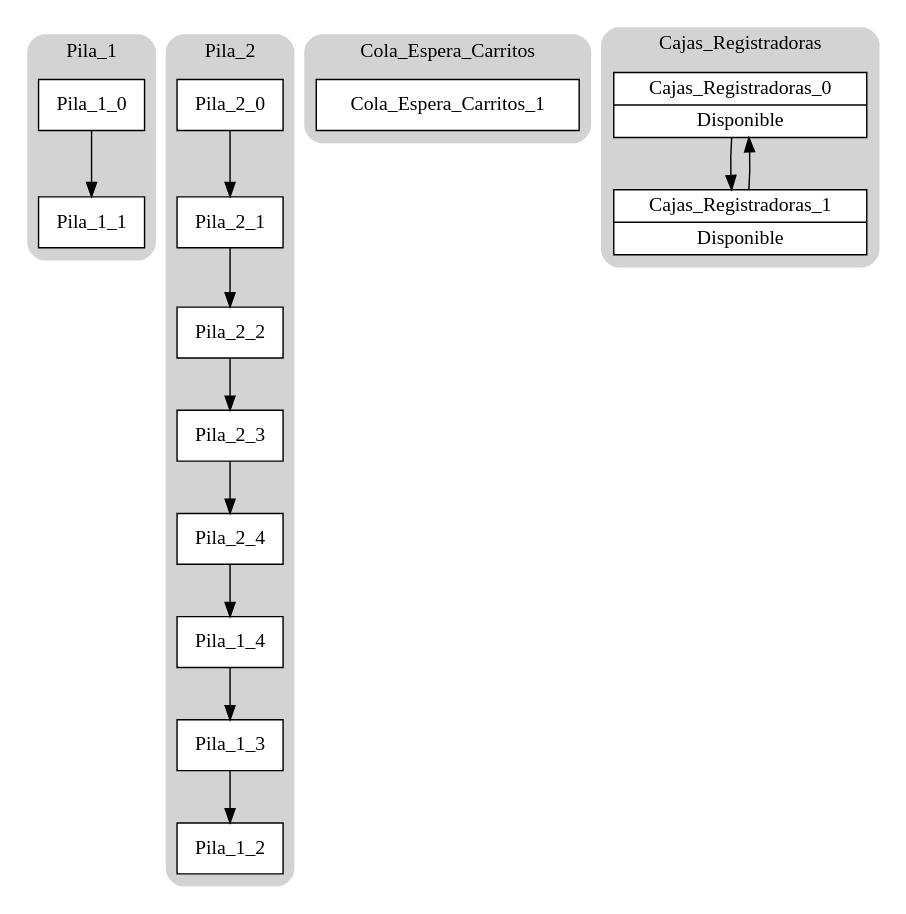
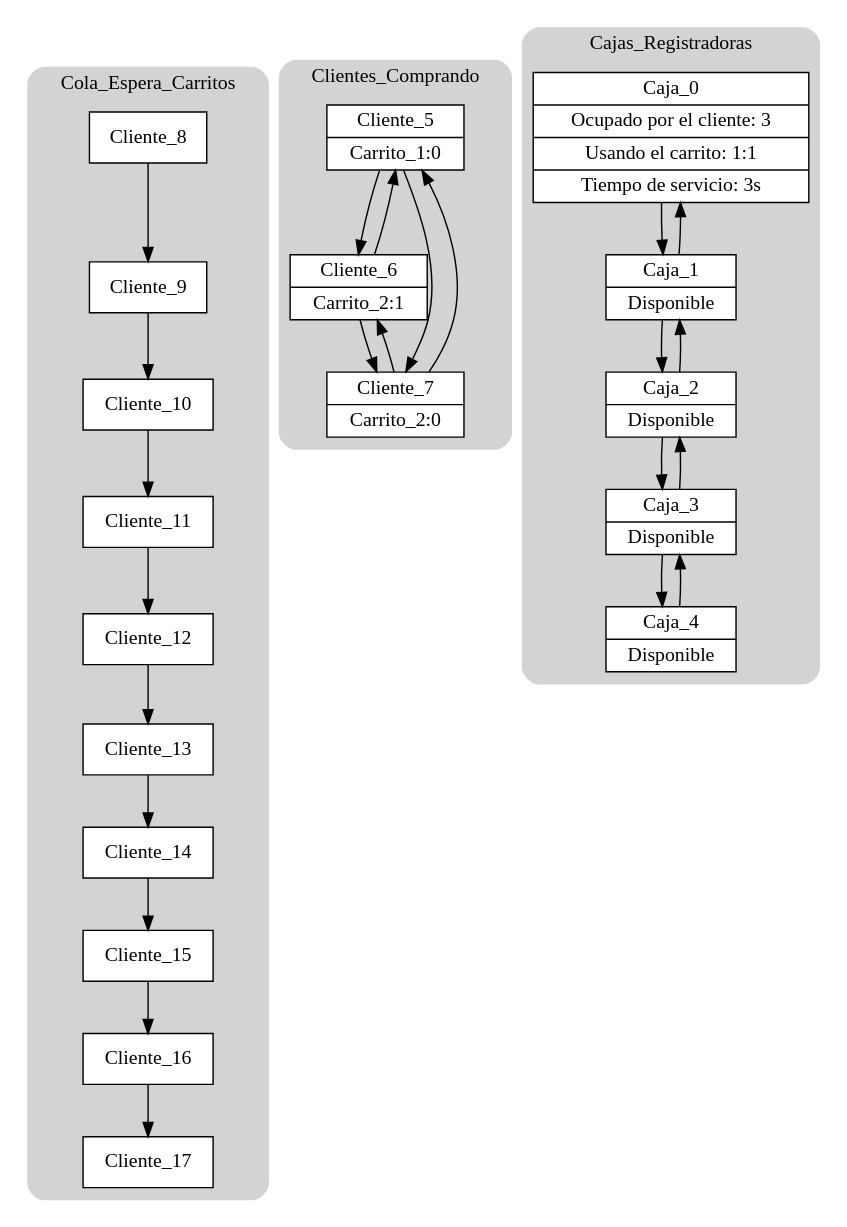
Before and after one commit to Rpinto30/EDD-1---MiniMarket: the diagram in Minimarket/graph.dot, drawn with Graphviz. The commit also changed 11 other files, not shown here.

```diff
--- a/Minimarket/graph.dot
+++ b/Minimarket/graph.dot
@@ -1,55 +1,87 @@
 digraph MiniMarket {
+
+subgraph cluster_Cola_Espera_Carritos{
+label="Cola_Espera_Carritos"
+style = "filled,rounded";
+color = lightgrey;
+Cola_Espera_Carritos_8[label="Cliente_8", shape=record, style=filled, fillcolor=white];
+Cola_Espera_Carritos_9[label="Cliente_9", shape=record, style=filled, fillcolor=white];
+Cola_Espera_Carritos_8 -> Cola_Espera_Carritos_9;
+Cola_Espera_Carritos_10[label="Cliente_10", shape=record, style=filled, fillcolor=white];
+Cola_Espera_Carritos_9 -> Cola_Espera_Carritos_10;
+Cola_Espera_Carritos_11[label="Cliente_11", shape=record, style=filled, fillcolor=white];
+Cola_Espera_Carritos_10 -> Cola_Espera_Carritos_11;
+Cola_Espera_Carritos_12[label="Cliente_12", shape=record, style=filled, fillcolor=white];
+Cola_Espera_Carritos_11 -> Cola_Espera_Carritos_12;
+Cola_Espera_Carritos_13[label="Cliente_13", shape=record, style=filled, fillcolor=white];
+Cola_Espera_Carritos_12 -> Cola_Espera_Carritos_13;
+Cola_Espera_Carritos_14[label="Cliente_14", shape=record, style=filled, fillcolor=white];
+Cola_Espera_Carritos_13 -> Cola_Espera_Carritos_14;
+Cola_Espera_Carritos_15[label="Cliente_15", shape=record, style=filled, fillcolor=white];
+Cola_Espera_Carritos_14 -> Cola_Espera_Carritos_15;
+Cola_Espera_Carritos_16[label="Cliente_16", shape=record, style=filled, fillcolor=white];
+Cola_Espera_Carritos_15 -> Cola_Espera_Carritos_16;
+Cola_Espera_Carritos_17[label="Cliente_17", shape=record, style=filled, fillcolor=white];
+Cola_Espera_Carritos_16 -> Cola_Espera_Carritos_17;
+
+}
 
 subgraph cluster_Pila_1{
 label="Pila_1"
 style = "filled,rounded";
 color = lightgrey;
-Pila_1_0[label="Pila_1_0", shape=record, style=filled, fillcolor=white];
-Pila_1_0 -> Pila_1_1;
-Pila_1_1[label="Pila_1_1", shape=record, style=filled, fillcolor=white];
 
 }
 
 subgraph cluster_Pila_2{
 label="Pila_2"
 style = "filled,rounded";
 color = lightgrey;
-Pila_2_0[label="Pila_2_0", shape=record, style=filled, fillcolor=white];
-Pila_2_1[label="Pila_2_1", shape=record, style=filled, fillcolor=white];
-Pila_2_0 -> Pila_2_1;
-Pila_2_2[label="Pila_2_2", shape=record, style=filled, fillcolor=white];
-Pila_2_1 -> Pila_2_2;
-Pila_2_3[label="Pila_2_3", shape=record, style=filled, fillcolor=white];
-Pila_2_2 -> Pila_2_3;
-Pila_2_4[label="Pila_2_4", shape=record, style=filled, fillcolor=white];
-Pila_2_3 -> Pila_2_4;
-Pila_2_4 -> Pila_1_4;
-Pila_1_4[label="Pila_1_4", shape=record, style=filled, fillcolor=white];
-Pila_1_4 -> Pila_1_3;
-Pila_1_3[label="Pila_1_3", shape=record, style=filled, fillcolor=white];
-Pila_1_3 -> Pila_1_2;
-Pila_1_2[label="Pila_1_2", shape=record, style=filled, fillcolor=white];
 
 }
 
-subgraph cluster_Cola_Espera_Carritos{
-label="Cola_Espera_Carritos"
+subgraph cluster_Clientes_Comprando{
+label="Clientes_Comprando"
 style = "filled,rounded";
 color = lightgrey;
-Cola_Espera_Carritos_1[label="Cola_Espera_Carritos_1", shape=record, style=filled, fillcolor=white];
+Cola_Espera_Carritos_5[label="{Cliente_5| Carrito_1:0}", shape=record, style=filled, fillcolor=white];
+Cola_Espera_Carritos_6[label="{Cliente_6| Carrito_2:1}", shape=record, style=filled, fillcolor=white];
+Cola_Espera_Carritos_7[label="{Cliente_7| Carrito_2:0}", shape=record, style=filled, fillcolor=white];
+Cola_Espera_Carritos_7 -> Cola_Espera_Carritos_5;
+Cola_Espera_Carritos_7 -> Cola_Espera_Carritos_6;
+Cola_Espera_Carritos_5 -> Cola_Espera_Carritos_6;
+Cola_Espera_Carritos_5 -> Cola_Espera_Carritos_7;
+Cola_Espera_Carritos_6 -> Cola_Espera_Carritos_7;
+Cola_Espera_Carritos_6 -> Cola_Espera_Carritos_5;
 
 }
 
 subgraph cluster_Cajas_Registradoras{
 label="Cajas_Registradoras"
 style = "filled,rounded";
 color = lightgrey;
-Cajas_Registradoras_0[label="{Cajas_Registradoras_0|Disponible}", shape=record, style=filled, fillcolor=white];
-Cajas_Registradoras_1[label="{Cajas_Registradoras_1|Disponible}", shape=record, style=filled, fillcolor=white];
+Cajas_Registradoras_0[label="{Caja_0|Ocupado por el cliente: 3|Usando el carrito: 1:1|Tiempo de servicio: 3s}", shape=record, style=filled, fillcolor=white];
+Cajas_Registradoras_1[label="{Caja_1| Disponible}", shape=record, style=filled, fillcolor=white];
 Cajas_Registradoras_0 -> Cajas_Registradoras_1;
 Cajas_Registradoras_1 -> Cajas_Registradoras_0;
+Cajas_Registradoras_2[label="{Caja_2|Disponible}", shape=record, style=filled, fillcolor=white];
+Cajas_Registradoras_1 -> Cajas_Registradoras_2;
+Cajas_Registradoras_2 -> Cajas_Registradoras_1;
+Cajas_Registradoras_3[label="{Caja_3|Disponible}", shape=record, style=filled, fillcolor=white];
+Cajas_Registradoras_2 -> Cajas_Registradoras_3;
+Cajas_Registradoras_3 -> Cajas_Registradoras_2;
+Cajas_Registradoras_4[label="{Caja_4|Disponible}", shape=record, style=filled, fillcolor=white];
+Cajas_Registradoras_3 -> Cajas_Registradoras_4;
+Cajas_Registradoras_4 -> Cajas_Registradoras_3;
+
+}
+
+subgraph cluster_Cola_Espera_Cajas_Registradoras{
+label="Cola_Espera_Cajas_Registradoras"
+style = "filled,rounded";
+color = lightgrey;
 
 }
 
 
 }
```
